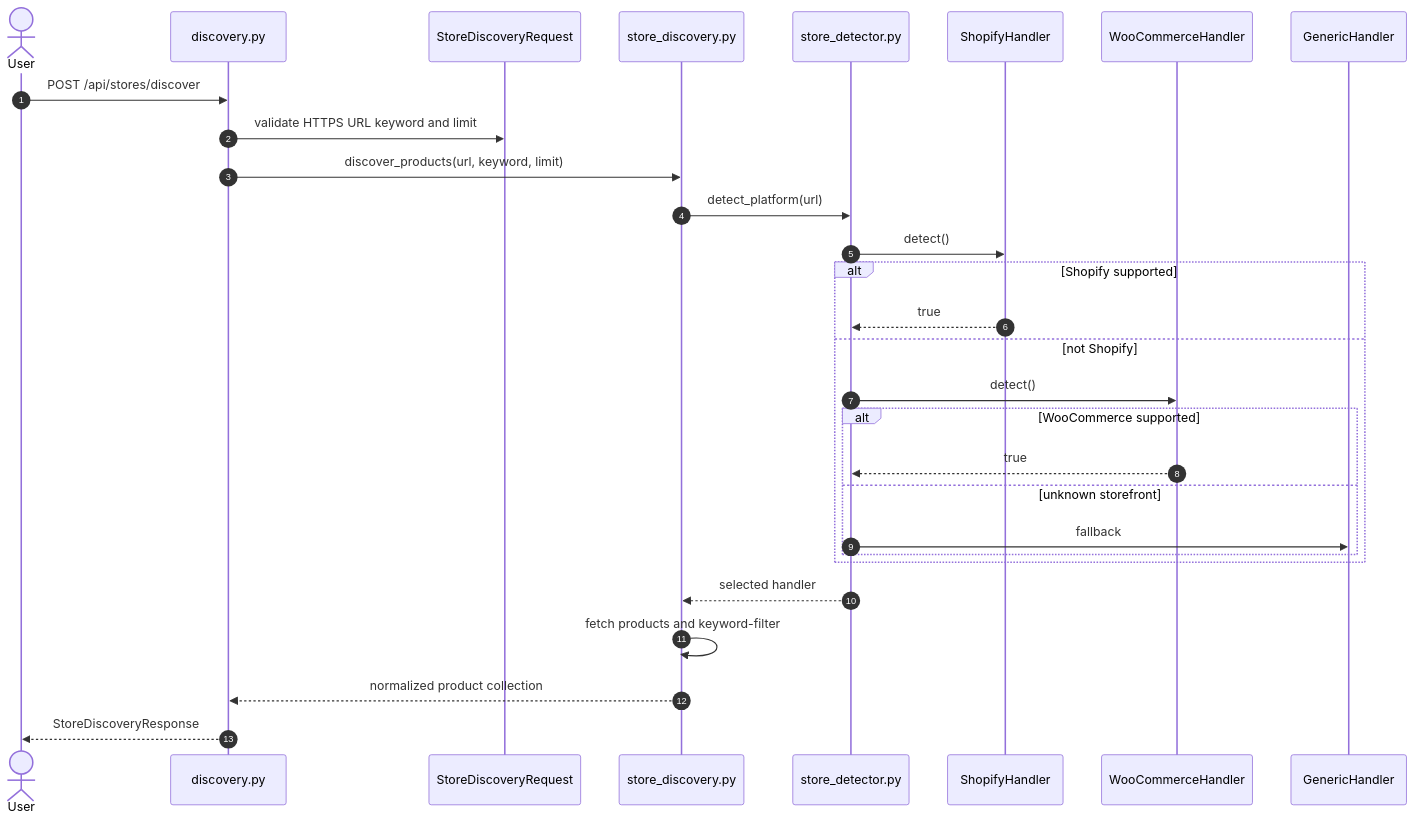
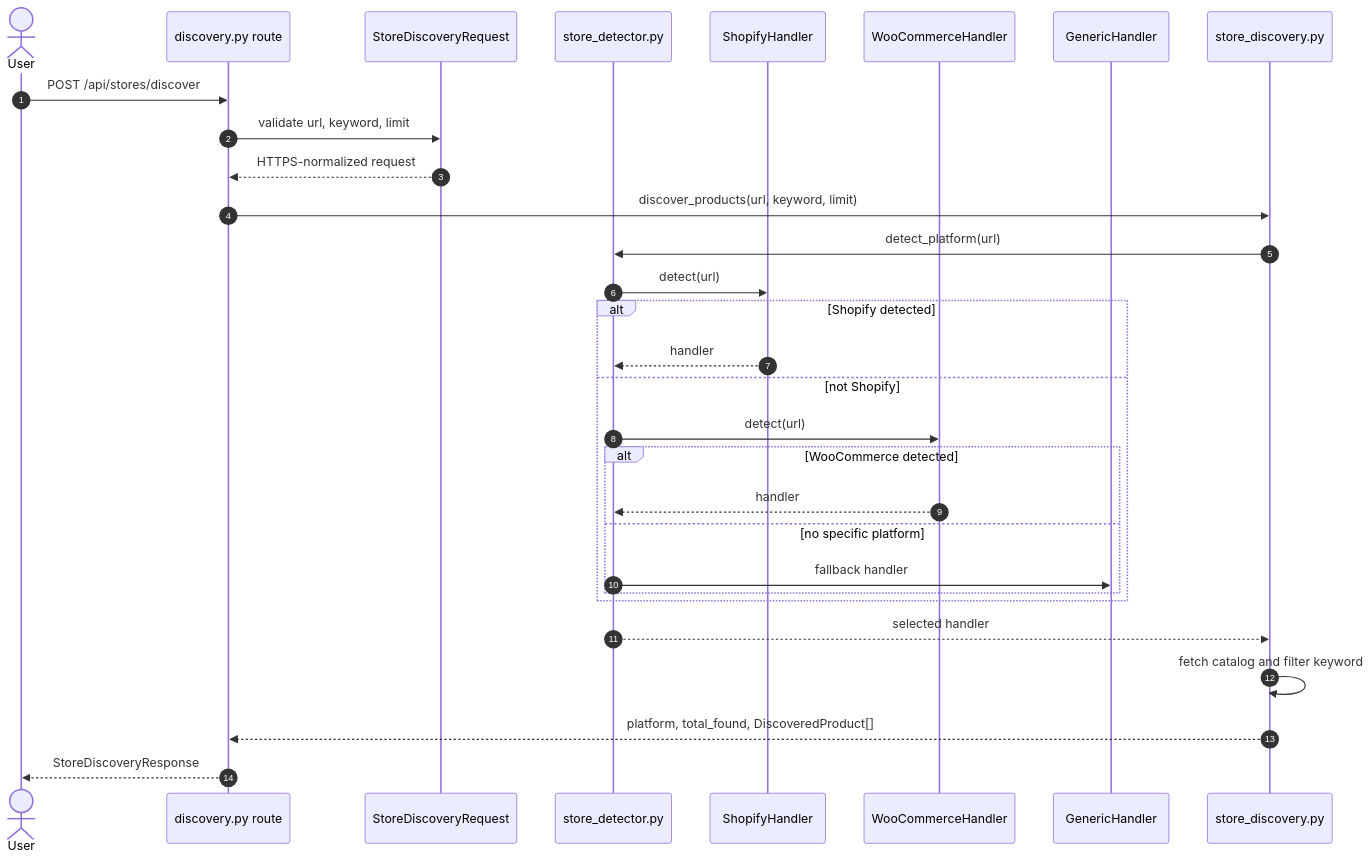
Before and after one commit to dreww01/pricehawk: the first of 7 diagrams in docs/logic_used.md, drawn with Mermaid. The commit also changed other lines of this file and 1 other file, not shown here.

Commit message:
feat(orc-31): apply build directive (the architecture.md and logic_used.md is too conso)

````diff
--- a/docs/logic_used.md
+++ b/docs/logic_used.md
@@ -22,32 +47,35 @@
 ```mermaid
 sequenceDiagram
     autonumber
     actor User
-    participant Route as discovery.py
+    participant Route as discovery.py route
     participant Model as StoreDiscoveryRequest
-    participant Discovery as store_discovery.py
     participant Detector as store_detector.py
     participant Shopify as ShopifyHandler
     participant Woo as WooCommerceHandler
     participant Generic as GenericHandler
+    participant Normalizer as store_discovery.py
 
     User->>Route: POST /api/stores/discover
-    Route->>Model: validate HTTPS URL keyword and limit
-    Route->>Discovery: discover_products(url, keyword, limit)
-    Discovery->>Detector: detect_platform(url)
-    Detector->>Shopify: detect()
-    alt Shopify supported
-        Shopify-->>Detector: true
+    Route->>Model: validate url, keyword, limit
+    Model-->>Route: HTTPS-normalized request
+    Route->>Normalizer: discover_products(url, keyword, limit)
+    Normalizer->>Detector: detect_platform(url)
+
+    Detector->>Shopify: detect(url)
+    alt Shopify detected
+        Shopify-->>Detector: handler
     else not Shopify
-        Detector->>Woo: detect()
-        alt WooCommerce supported
-            Woo-->>Detector: true
-        else unknown storefront
-            Detector->>Generic: fallback
+        Detector->>Woo: detect(url)
+        alt WooCommerce detected
+            Woo-->>Detector: handler
+        else no specific platform
+            Detector->>Generic: fallback handler
         end
     end
-    Detector-->>Discovery: selected handler
-    Discovery->>Discovery: fetch products and keyword-filter
-    Discovery-->>Route: normalized product collection
+
+    Detector-->>Normalizer: selected handler
+    Normalizer->>Normalizer: fetch catalog and filter keyword
+    Normalizer-->>Route: platform, total_found, DiscoveredProduct[]
     Route-->>User: StoreDiscoveryResponse
 ```
````
